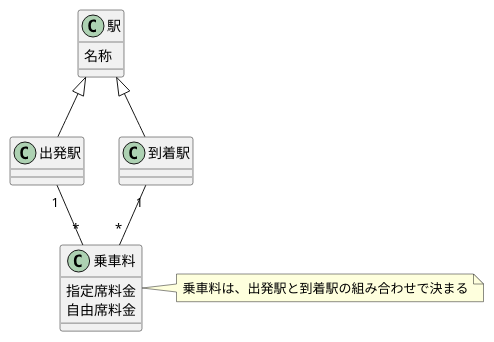
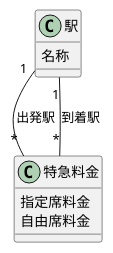
One commit to yinm/uml-modeling-lesson changed the diagram in ch09/excercise/9-1.puml. Above: the diagram before and after it, drawn with PlantUML. The commit also changed 2 other files, not shown here.

```diff
--- a/ch09/excercise/9-1.puml
+++ b/ch09/excercise/9-1.puml
@@ -1,25 +1,15 @@
 @startuml
-
-class 乗車料 {
-  指定席料金
-  自由席料金
-}
-note right: 乗車料は、出発駅と到着駅の組み合わせで決まる
 
 class 駅 {
   名称
 }
 
-class 出発駅 {
+class 特急料金 {
+  指定席料金
+  自由席料金
 }
 
-class 到着駅 {
-}
-
-駅 <|-- 出発駅
-駅 <|-- 到着駅
-
-出発駅 "1"--"*" 乗車料
-到着駅 "1"--"*" 乗車料
+駅 "1"--"*" 特急料金 : 出発駅
+駅 "1"--"*" 特急料金 : 到着駅
 
 @enduml
```
